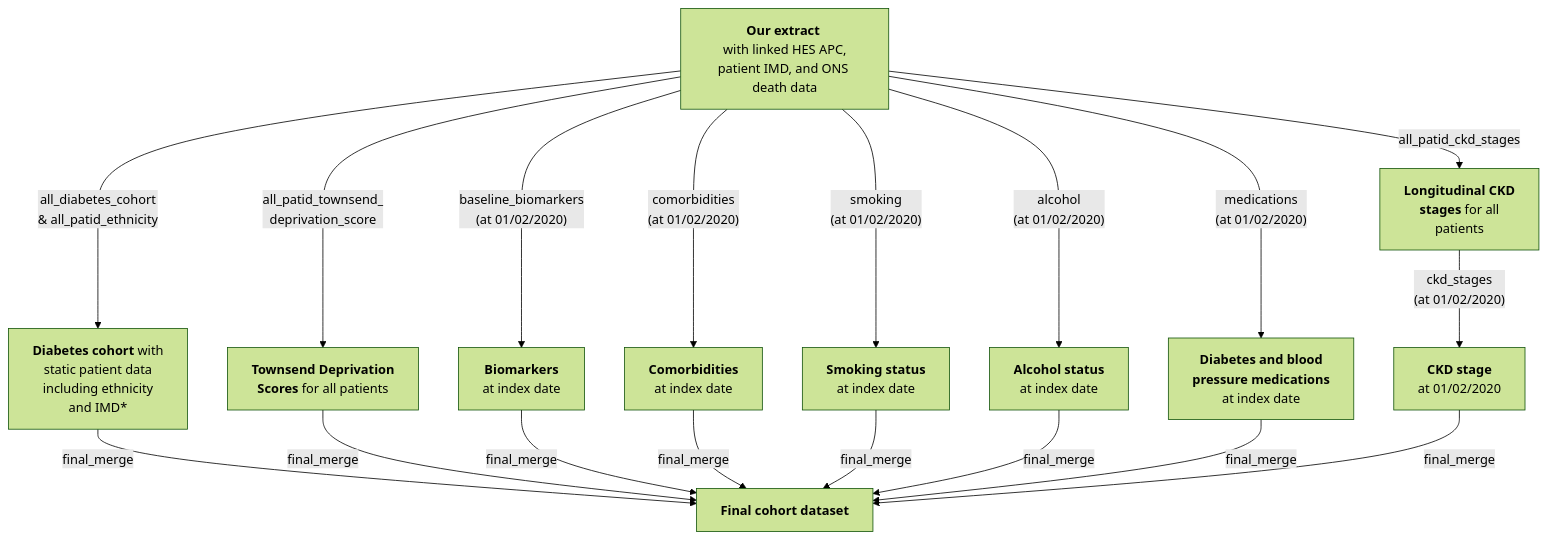
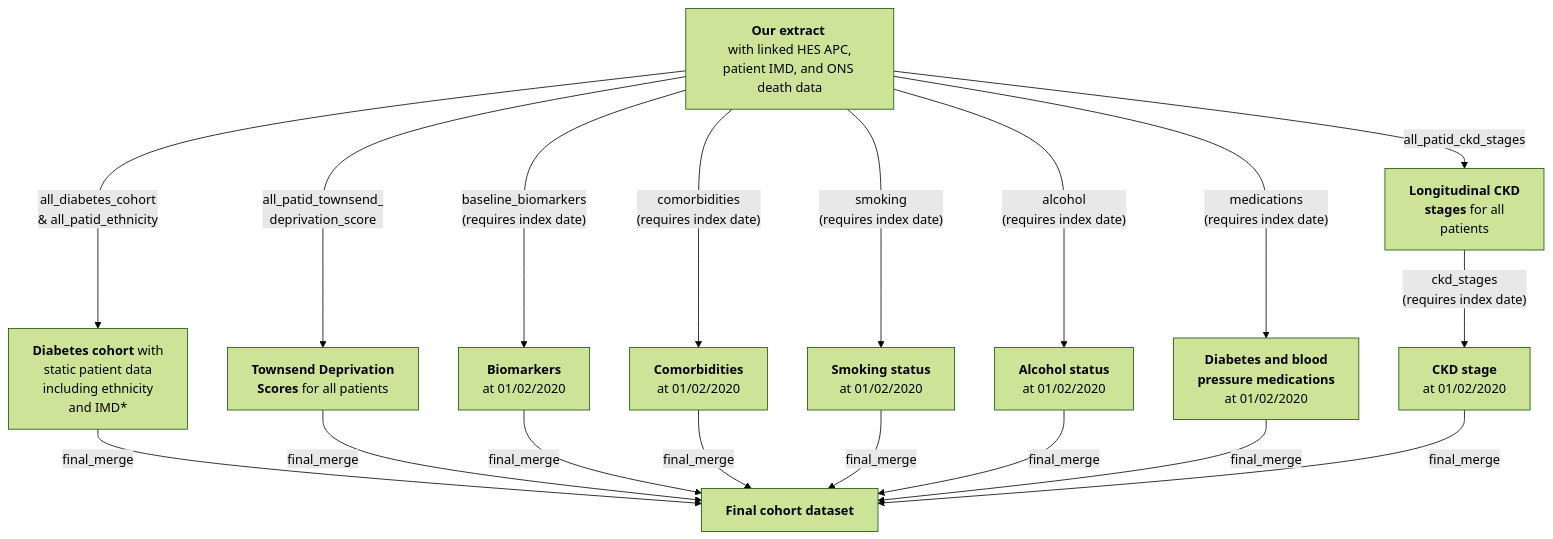
The diagram in 02-Prevalent/README.md (Exeter-Diabetes/CPRD-Cohort-scripts), drawn with Mermaid (forest theme) before and after one commit.

````diff
--- a/02-Prevalent/README.md
+++ b/02-Prevalent/README.md
@@ -13,20 +13,20 @@
 ```mermaid
 graph TD;
     A["<b>Our extract</b> <br> with linked HES APC, patient IMD, and ONS death data"] --> |"all_diabetes_cohort <br> & all_patid_ethnicity"|B["<b>Diabetes cohort</b> with <br> static patient data <br> including ethnicity <br> and IMD*"]
     A-->|"all_patid_ckd_stages"|C["<b>Longitudinal CKD <br> stages</b> for all <br> patients"]
     A-->|"all_patid_townsend_ <br> deprivation_score"|D["<b>Townsend Deprivation <br> Scores</b> for all patients"]
-    A-->|"baseline_biomarkers <br> (at 01/02/2020)"|E["<b>Biomarkers</b> <br> at index date"]
-    A-->|"comorbidities <br> (at 01/02/2020)"|F["<b>Comorbidities</b> <br> at index date"]
-    A-->|"smoking <br> (at 01/02/2020)"|G["<b>Smoking status</b> <br> at index date"]
-    A-->|"alcohol <br> (at 01/02/2020)"|H["<b>Alcohol status</b> <br> at index date"]
-    A-->|"medications <br> (at 01/02/2020)"|K["<b>Diabetes and blood <br> pressure medications</b> <br> at index date"]
-    C-->|"ckd_stages <br> (at 01/02/2020)"|I["<b>CKD stage </b> <br> at 01/02/2020"]
+    A-->|"baseline_biomarkers <br> (requires index date)"|E["<b>Biomarkers</b> <br> at 01/02/2020"]
+    A-->|"comorbidities <br> (requires index date)"|F["<b>Comorbidities</b> <br> at 01/02/2020"]
+    A-->|"smoking <br> (requires index date)"|G["<b>Smoking status</b> <br> at 01/02/2020"]
+    A-->|"alcohol <br> (requires index date)"|H["<b>Alcohol status</b> <br> at 01/02/2020"]
+    A-->|"medications <br> (requires index date)"|K["<b>Diabetes and blood <br> pressure medications</b> <br> at 01/02/2020"]
+    C-->|"ckd_stages <br> (requires index date)"|I["<b>CKD stage </b> <br> at 01/02/2020"]
     B-->|"final_merge"|J["<b>Final cohort dataset</b>"]
     D-->|"final_merge"|J
     E-->|"final_merge"|J
     F-->|"final_merge"|J
     G-->|"final_merge"|J
     H-->|"final_merge"|J
     K-->|"final_merge"|J
     I-->|"final_merge"|J    
 ```
````
